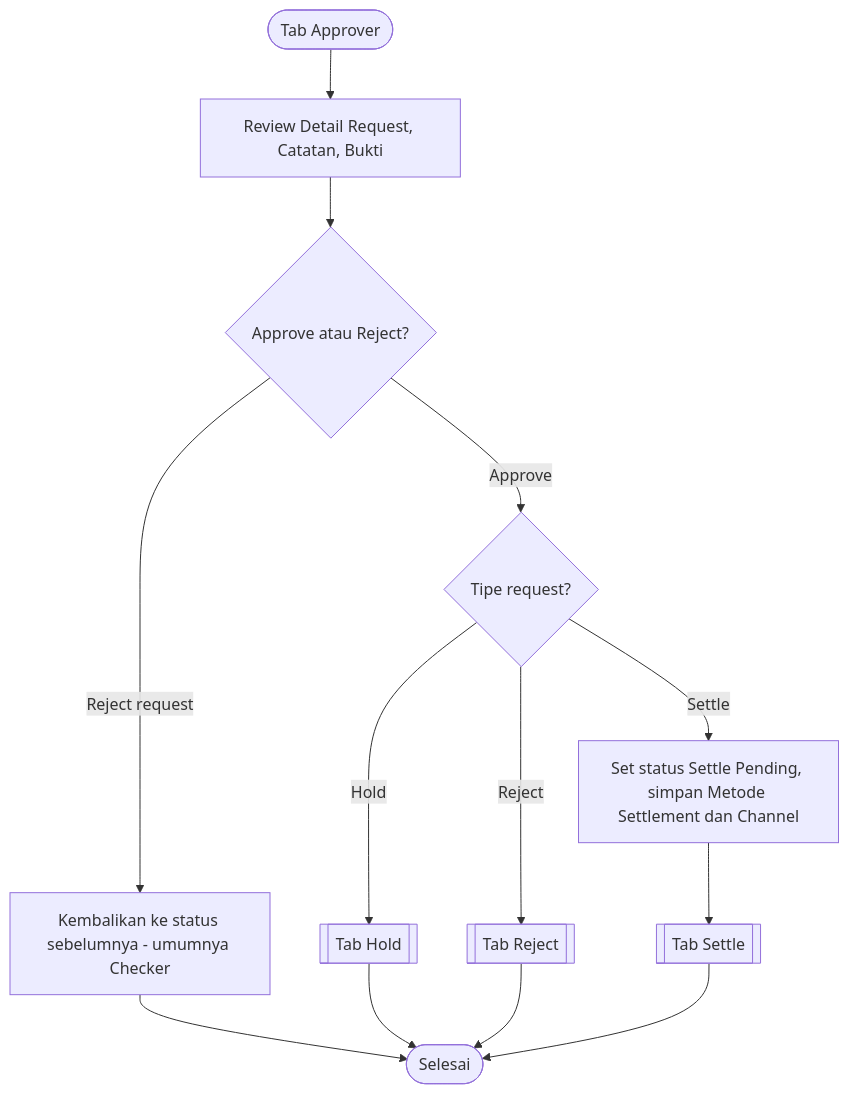
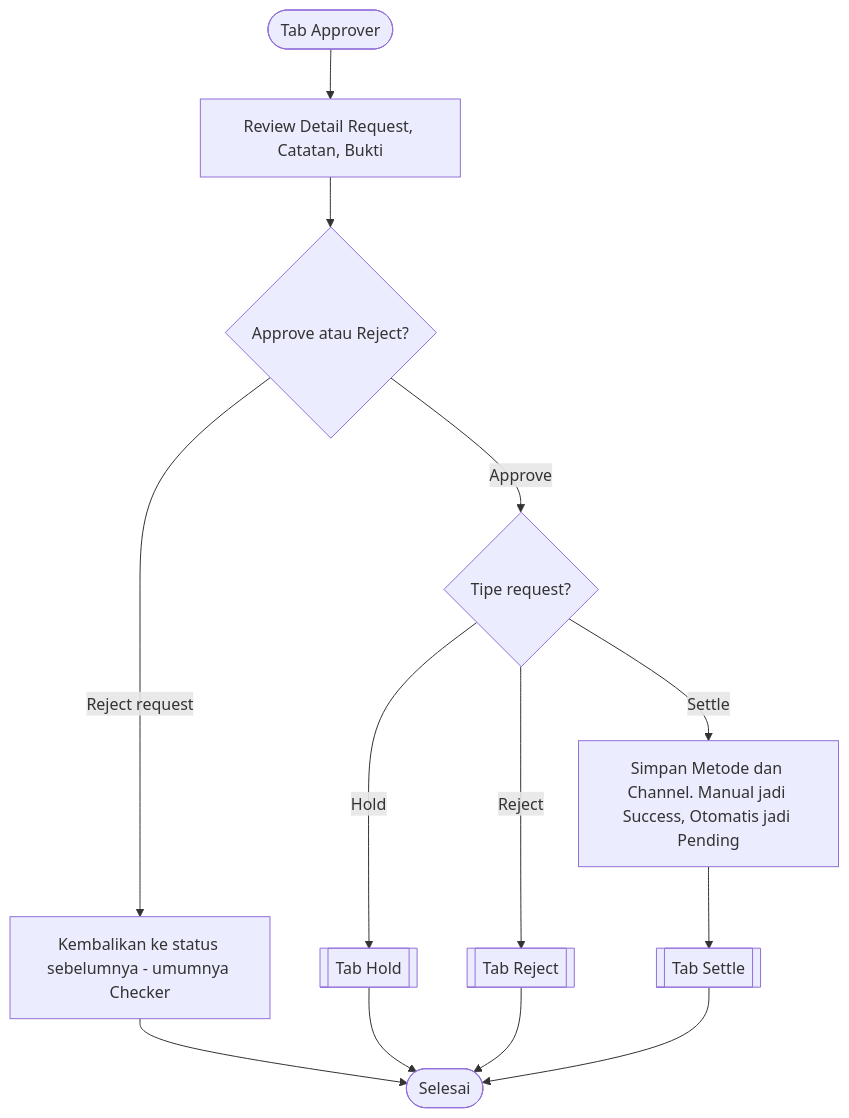
One commit to paydia-product/mockup-auto-recon changed the fourth of 9 diagrams in FLOW-AUTO-SETTLEMENT.md. Above: the diagram before and after it, drawn with Mermaid. The commit also changed other lines of this file and 4 other files, not shown here.

First line of the commit message:
Docs: align Auto Settlement flow + Panduan with Manual->Success behavior

````diff
--- a/FLOW-AUTO-SETTLEMENT.md
+++ b/FLOW-AUTO-SETTLEMENT.md
@@ -131,15 +131,15 @@
 ```mermaid
 flowchart TD
     A([Tab Approver]) --> B[Review Detail Request, Catatan, Bukti]
     B --> C{Approve atau Reject?}
     C -->|Reject request| D[Kembalikan ke status sebelumnya - umumnya Checker]
     C -->|Approve| E{Tipe request?}
     E -->|Hold| F[[Tab Hold]]
     E -->|Reject| G[[Tab Reject]]
-    E -->|Settle| H[Set status Settle Pending, simpan Metode Settlement dan Channel]
+    E -->|Settle| H[Simpan Metode dan Channel. Manual jadi Success, Otomatis jadi Pending]
     H --> I[[Tab Settle]]
     D --> J([Selesai])
     F --> J
     G --> J
     I --> J
 ```
````
